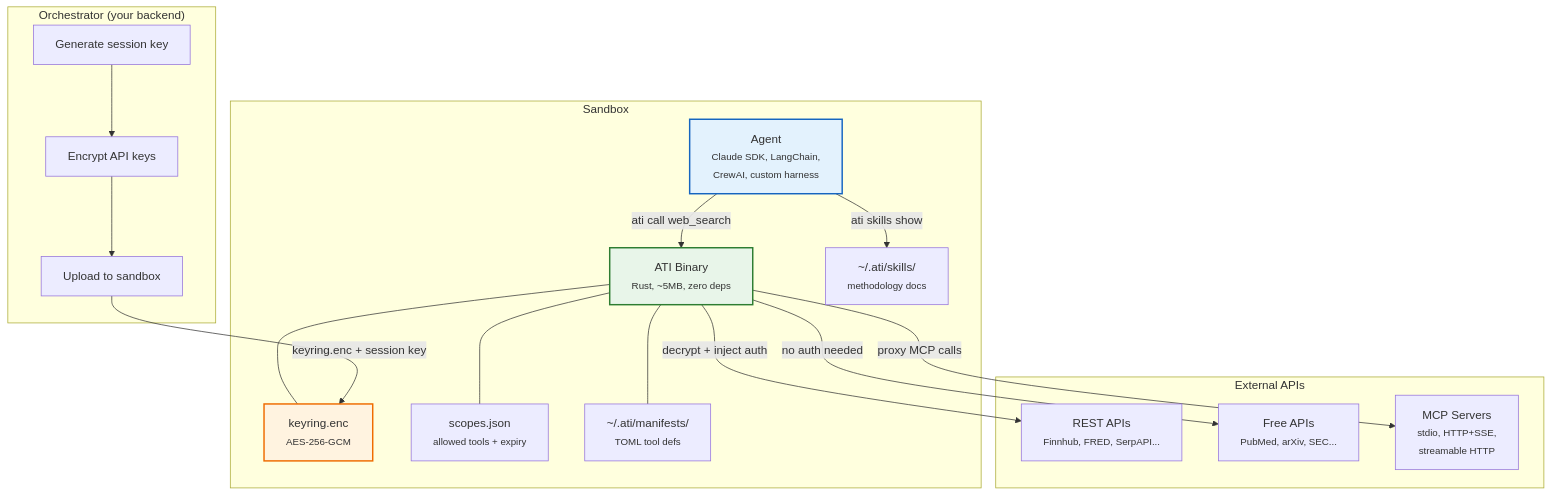
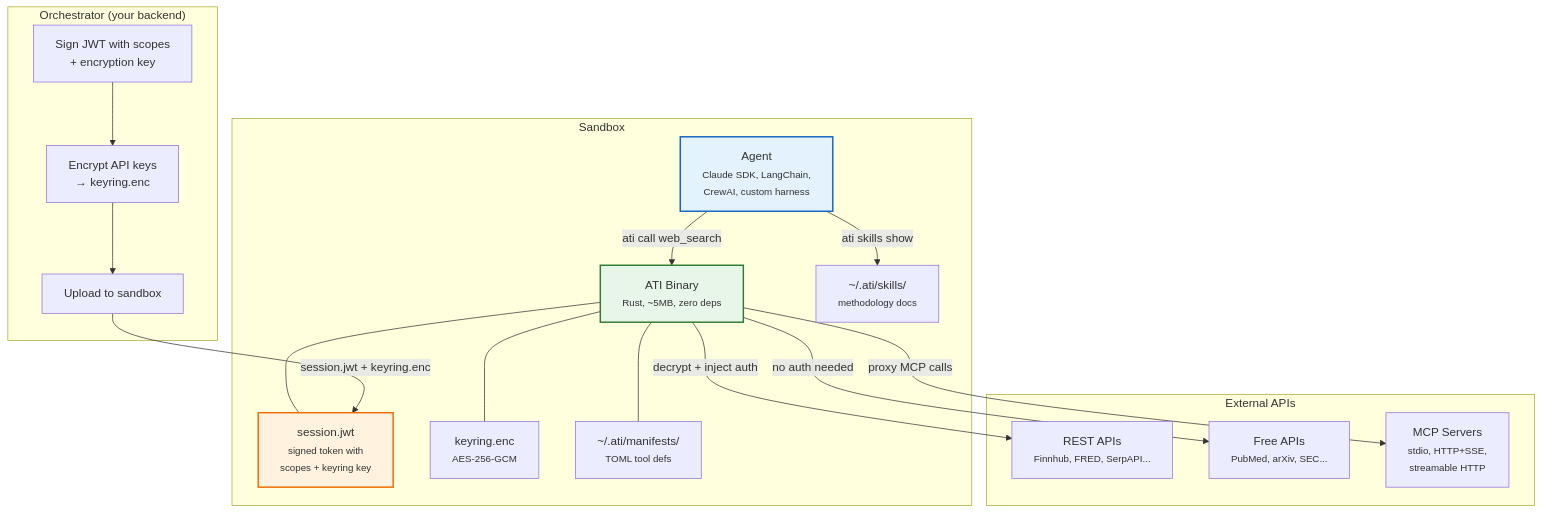
One commit to Parcha-ai/ati changed the first of 7 diagrams in README.md. Above: the diagram before and after it, drawn with Mermaid. The commit also changed other lines of this file, not shown here.

First line of the commit message:
docs: JWT is the session token — scopes, keyring key, expiry in one signed artifact

````diff
--- a/README.md
+++ b/README.md
@@ -131,38 +131,38 @@
 ```mermaid
 graph TB
     subgraph Sandbox
         Agent["Agent<br/><small>Claude SDK, LangChain,<br/>CrewAI, custom harness</small>"]
         ATI["ATI Binary<br/><small>Rust, ~5MB, zero deps</small>"]
+        JWT["session.jwt<br/><small>signed token with<br/>scopes + keyring key</small>"]
         Keyring["keyring.enc<br/><small>AES-256-GCM</small>"]
-        Scopes["scopes.json<br/><small>allowed tools + expiry</small>"]
         Skills["~/.ati/skills/<br/><small>methodology docs</small>"]
         Manifests["~/.ati/manifests/<br/><small>TOML tool defs</small>"]
     end
 
     subgraph APIs["External APIs"]
         API1["REST APIs<br/><small>Finnhub, FRED, SerpAPI...</small>"]
         API2["Free APIs<br/><small>PubMed, arXiv, SEC...</small>"]
         MCP["MCP Servers<br/><small>stdio, HTTP+SSE,<br/>streamable HTTP</small>"]
     end
 
     subgraph Orchestrator["Orchestrator (your backend)"]
-        KeyGen["Generate session key"]
-        Encrypt["Encrypt API keys"]
+        Sign["Sign JWT with scopes<br/>+ encryption key"]
+        Encrypt["Encrypt API keys<br/>→ keyring.enc"]
         Upload["Upload to sandbox"]
     end
 
     Agent -->|"ati call web_search"| ATI
     ATI -->|"decrypt + inject auth"| API1
     ATI -->|"no auth needed"| API2
     ATI -->|"proxy MCP calls"| MCP
+    ATI --- JWT
     ATI --- Keyring
-    ATI --- Scopes
     ATI --- Manifests
     Agent -->|"ati skills show"| Skills
 
-    KeyGen --> Encrypt --> Upload -->|"keyring.enc + session key"| Keyring
+    Sign --> Encrypt --> Upload -->|"session.jwt + keyring.enc"| JWT
 
     style ATI fill:#e8f5e9,stroke:#2e7d32,stroke-width:2px
-    style Keyring fill:#fff3e0,stroke:#ef6c00,stroke-width:2px
+    style JWT fill:#fff3e0,stroke:#ef6c00,stroke-width:2px
     style Agent fill:#e3f2fd,stroke:#1565c0,stroke-width:2px
 ```
````
